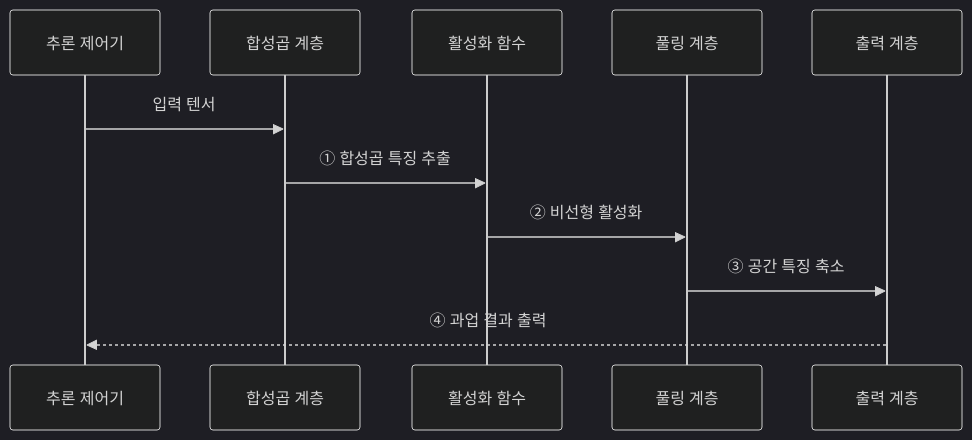
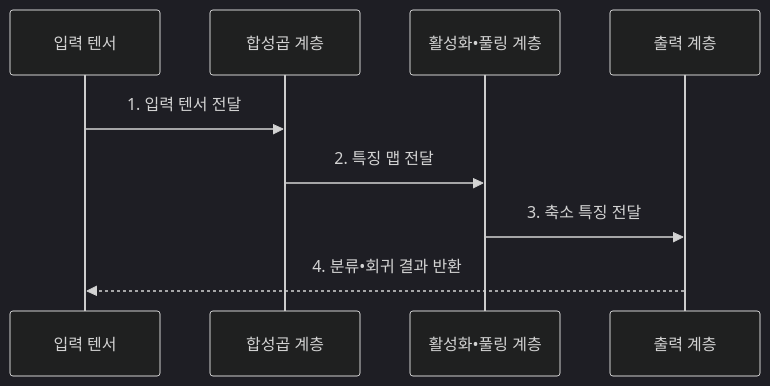
Before and after one commit to agnusdei1207/knowledge-base: the second of 2 diagrams in src/content/docs/notes/01-basic-theory/043_cnn.md, drawn with Mermaid (dark theme). The commit also changed other lines of this file and 20 other files, not shown here.

````diff
--- a/src/content/docs/notes/01-basic-theory/043_cnn.md
+++ b/src/content/docs/notes/01-basic-theory/043_cnn.md
@@ -88,13 +92,11 @@
 ```mermaid
 sequenceDiagram
-    participant T as 추론 제어기
+    participant I as 입력 텐서
     participant C as 합성곱 계층
-    participant A as 활성화 함수
-    participant P as 풀링 계층
+    participant A as 활성화•풀링 계층
     participant H as 출력 계층
-    T->>C: 입력 텐서
-    C->>A: ① 합성곱 특징 추출
-    A->>P: ② 비선형 활성화
-    P->>H: ③ 공간 특징 축소
-    H-->>T: ④ 과업 결과 출력
+    I->>C: 1. 입력 텐서 전달
+    C->>A: 2. 특징 맵 전달
+    A->>H: 3. 축소 특징 전달
+    H-->>I: 4. 분류•회귀 결과 반환
 ```
````
